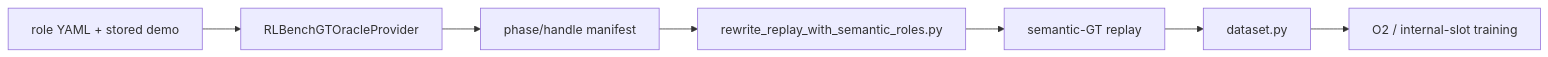
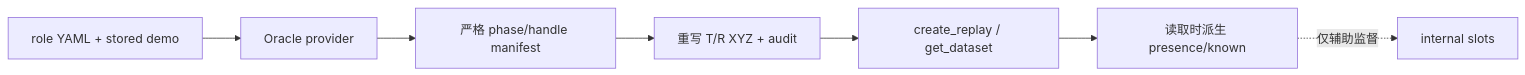
Before and after one commit to YW310/BridgeVLA: the diagram in docs/reference/code-map.md, drawn with Mermaid. The commit also changed other lines of this file and 12 other files, not shown here.

````diff
--- a/docs/reference/code-map.md
+++ b/docs/reference/code-map.md
@@ -9,9 +7,9 @@
 ```mermaid
 flowchart LR
-    A[role YAML + stored demo] --> B[RLBenchGTOracleProvider]
-    B --> C[phase/handle manifest]
-    C --> D[rewrite_replay_with_semantic_roles.py]
-    D --> E[semantic-GT replay]
-    E --> F[dataset.py]
-    F --> G[O2 / internal-slot training]
+    A[role YAML + stored demo] --> B[Oracle provider]
+    B --> M[严格 phase/handle manifest]
+    M --> R[重写 T/R XYZ + audit]
+    R --> D[create_replay / get_dataset]
+    D --> P[读取时派生 presence/known]
+    P -.仅辅助监督.-> S[internal slots]
 ```
````
